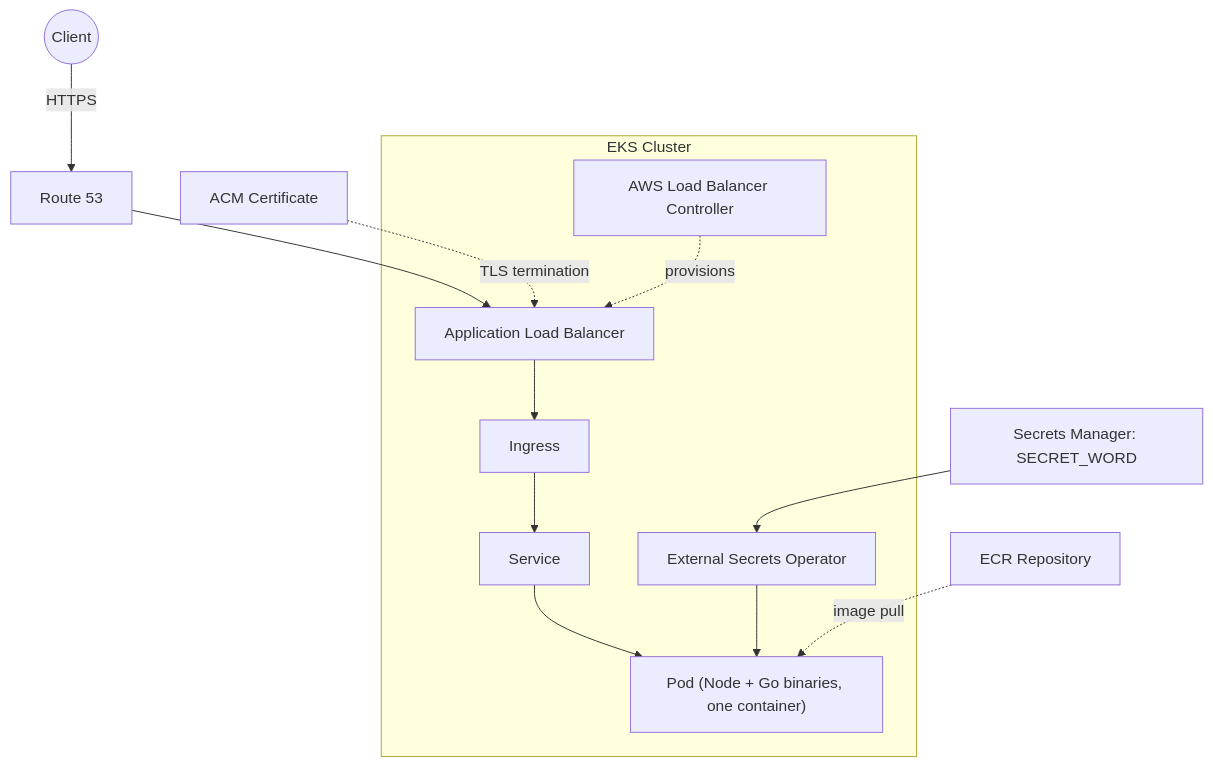
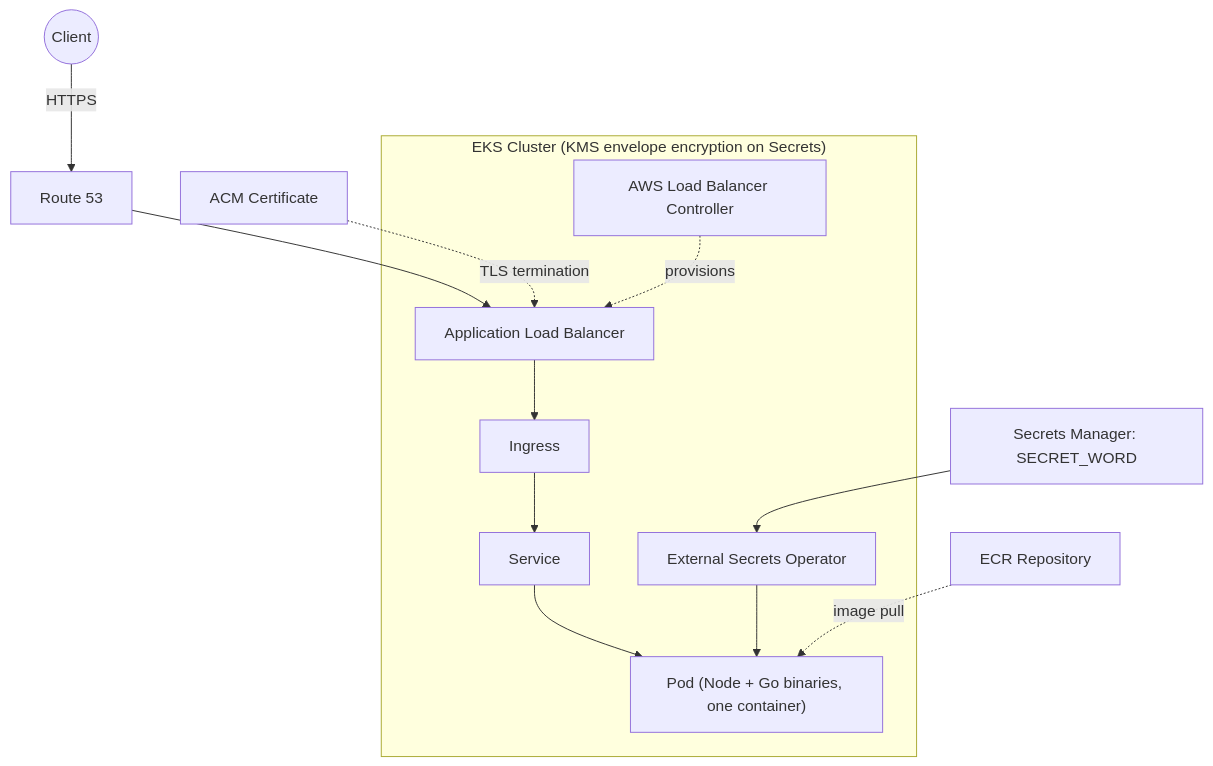
One commit to rearc/quest changed the diagram in DEPLOYMENT.md. Above: the diagram before and after it, drawn with Mermaid. The commit also changed other lines of this file, not shown here.

First line of the commit message:
docs: declare ESO+KMS secrets design and CI apply-on-merge model

````diff
--- a/DEPLOYMENT.md
+++ b/DEPLOYMENT.md
@@ -45,17 +61,17 @@
 ```mermaid
 flowchart TB
     Client((Client)) -->|HTTPS| R53[Route 53]
     R53 --> ALB[Application Load Balancer]
     ACM[ACM Certificate] -.TLS termination.-> ALB
 
-    subgraph EKS["EKS Cluster"]
+    subgraph EKS["EKS Cluster (KMS envelope encryption on Secrets)"]
         AWSLBC[AWS Load Balancer Controller] -.provisions.-> ALB
         ALB --> Ingress
         Ingress --> Svc[Service]
         Svc --> Pod["Pod (Node + Go binaries, one container)"]
         ESO[External Secrets Operator] --> Pod
     end
 
     SM[Secrets Manager: SECRET_WORD] --> ESO
     ECR[ECR Repository] -.image pull.-> Pod
 ```
````
